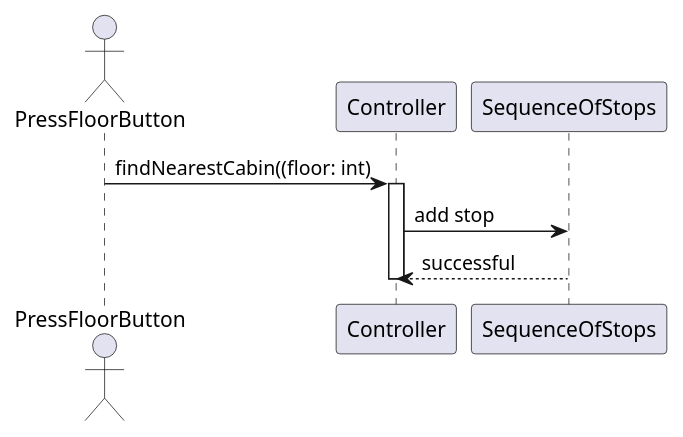
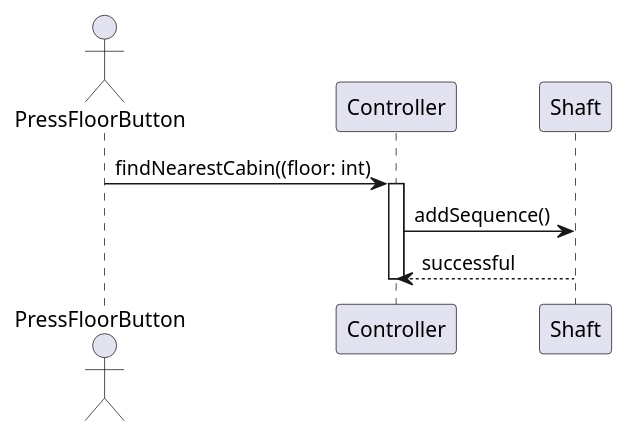
The diagram in src/documentation/methods/findNearestCabin.puml (valentynliubchenko/BomElevator), drawn with PlantUML before and after one commit. The commit also changed 3 other files, not shown here.

Commit message:
class diagram 1

```diff
--- a/src/documentation/methods/findNearestCabin.puml
+++ b/src/documentation/methods/findNearestCabin.puml
@@ -1,10 +1,10 @@
 @startuml
 
 actor PressFloorButton
 
 PressFloorButton -> Controller: findNearestCabin((floor: int)
 activate Controller
-Controller -> SequenceOfStops: add stop
-SequenceOfStops --> Controller: successful
+Controller -> Shaft: addSequence()
+Shaft --> Controller: successful
 deactivate Controller
 @enduml
```
